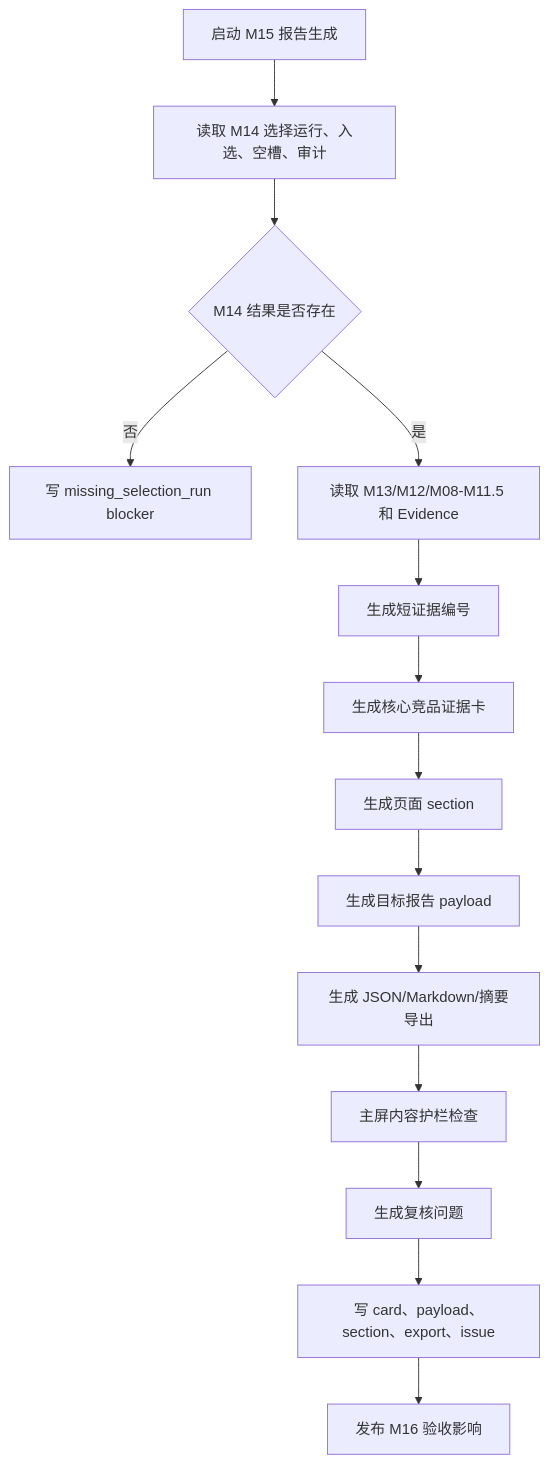
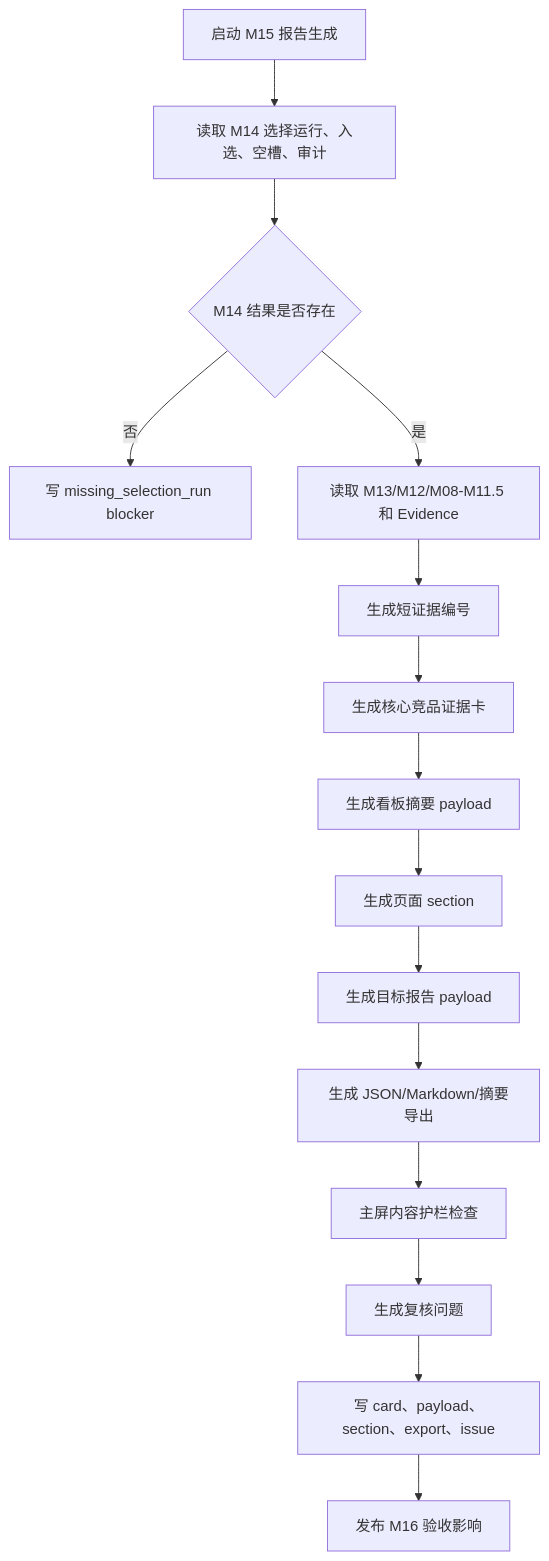
Before and after one commit to zssggle-rgb/catforge: the diagram in docs/core3_mvp/real_data_v2/sop_detailed_design/M15_evidence_report_design.md, drawn with Mermaid. The commit also changed other lines of this file and 7 other files, not shown here.

````diff
--- a/docs/core3_mvp/real_data_v2/sop_detailed_design/M15_evidence_report_design.md
+++ b/docs/core3_mvp/real_data_v2/sop_detailed_design/M15_evidence_report_design.md
@@ -758,16 +870,17 @@
 ```mermaid
 flowchart TD
   Start["启动 M15 报告生成"] --> LoadM14["读取 M14 选择运行、入选、空槽、审计"]
   LoadM14 --> ValidateM14{"M14 结果是否存在"}
   ValidateM14 -- 否 --> Block["写 missing_selection_run blocker"]
   ValidateM14 -- 是 --> LoadEvidence["读取 M13/M12/M08-M11.5 和 Evidence"]
   LoadEvidence --> ShortRef["生成短证据编号"]
   ShortRef --> Cards["生成核心竞品证据卡"]
-  Cards --> Sections["生成页面 section"]
+  Cards --> Dashboard["生成看板摘要 payload"]
+  Dashboard --> Sections["生成页面 section"]
   Sections --> Payload["生成目标报告 payload"]
   Payload --> Export["生成 JSON/Markdown/摘要导出"]
   Export --> Guard["主屏内容护栏检查"]
   Guard --> Issues["生成复核问题"]
   Issues --> Persist["写 card、payload、section、export、issue"]
   Persist --> Downstream["发布 M16 验收影响"]
 ```
````
